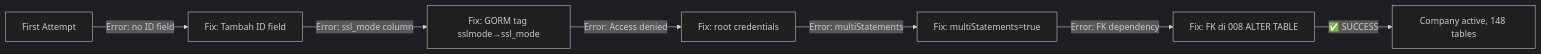
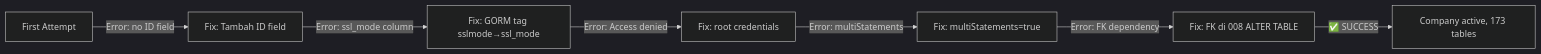
One commit to Inthros-Jagotama/inthros-hris-platform changed the second of 8 diagrams in docs/platform-architecture-design.md. Above: the diagram before and after it, drawn with Mermaid (dark theme). The commit also changed other lines of this file and 5 other files, not shown here.

````diff
--- a/docs/platform-architecture-design.md
+++ b/docs/platform-architecture-design.md
@@ -1080,9 +1080,9 @@
 ```mermaid
 graph LR
     A[First Attempt] -->|Error: no ID field| B[Fix: Tambah ID field]
     B -->|Error: ssl_mode column| C[Fix: GORM tag sslmode→ssl_mode]
     C -->|Error: Access denied| D[Fix: root credentials]
     D -->|Error: multiStatements| E[Fix: multiStatements=true]
     E -->|Error: FK dependency| F[Fix: FK di 008 ALTER TABLE]
-    F -->|✅ SUCCESS| G[Company active, 148 tables]
+    F -->|✅ SUCCESS| G[Company active, 173 tables]
 ```
````
